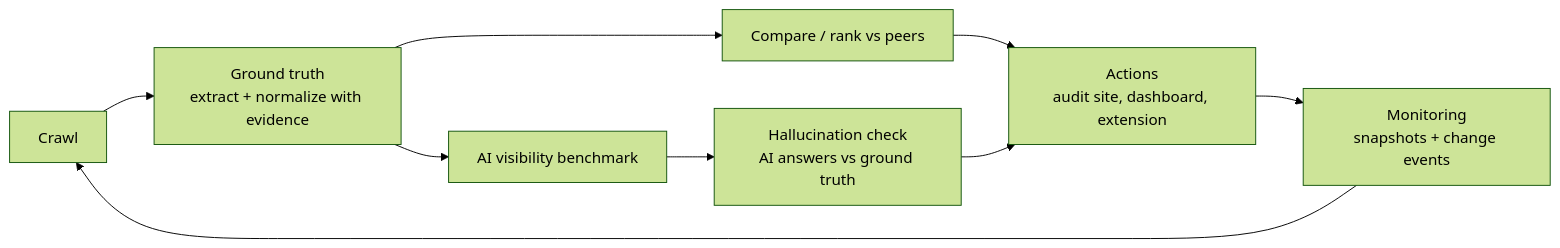
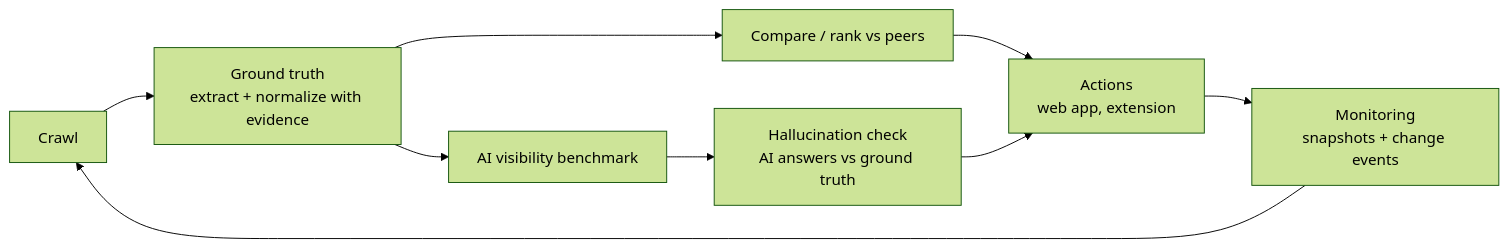
One commit to 1n1t6Sh3ll/Aparece changed the diagram in README.md. Above: the diagram before and after it, drawn with Mermaid (forest theme). The commit also changed other lines of this file and 12 other files, not shown here.

Commit message:
Remove static dashboard/ (superseded by web app); /dashboard* 307 -> /; drop unused wdc.ENTITY

````diff
--- a/README.md
+++ b/README.md
@@ -7,11 +7,11 @@
 ```mermaid
 flowchart LR
   A[Crawl] --> B[Ground truth<br/>extract + normalize with evidence]
   B --> C[Compare / rank vs peers]
   B --> D[AI visibility benchmark]
   D --> E[Hallucination check<br/>AI answers vs ground truth]
-  C --> F[Actions<br/>audit site, dashboard, extension]
+  C --> F[Actions<br/>web app, extension]
   E --> F
   F --> G[Monitoring<br/>snapshots + change events]
   G --> A
 ```
````
